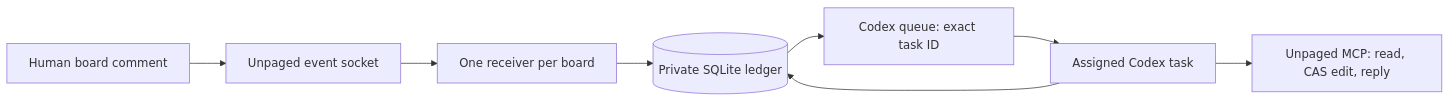
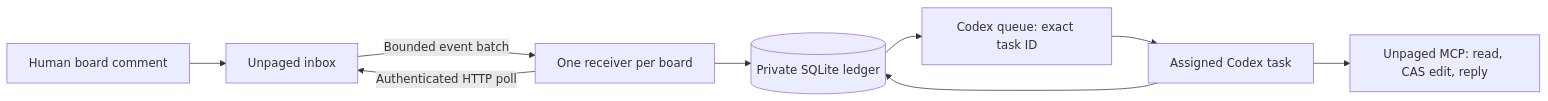
Before and after one commit to unpaged/plugins: the diagram in plugins/unpaged-codex/ARCHITECTURE.md, drawn with Mermaid. The commit also changed other lines of this file and 23 other files, not shown here.

````diff
--- a/plugins/unpaged-codex/ARCHITECTURE.md
+++ b/plugins/unpaged-codex/ARCHITECTURE.md
@@ -12,10 +13,11 @@
 ```mermaid
 flowchart LR
-  H[Human board comment] --> U[Unpaged event socket]
-  U --> W[One receiver per board]
+  H[Human board comment] --> U[Unpaged inbox]
+  W[One receiver per board] -->|Authenticated HTTP poll| U
+  U -->|Bounded event batch| W
   W --> D[(Private SQLite ledger)]
   D --> Q[Codex queue: exact task ID]
   Q --> A[Assigned Codex task]
   A --> M[Unpaged MCP: read, CAS edit, reply]
   A --> D
 ```
````
